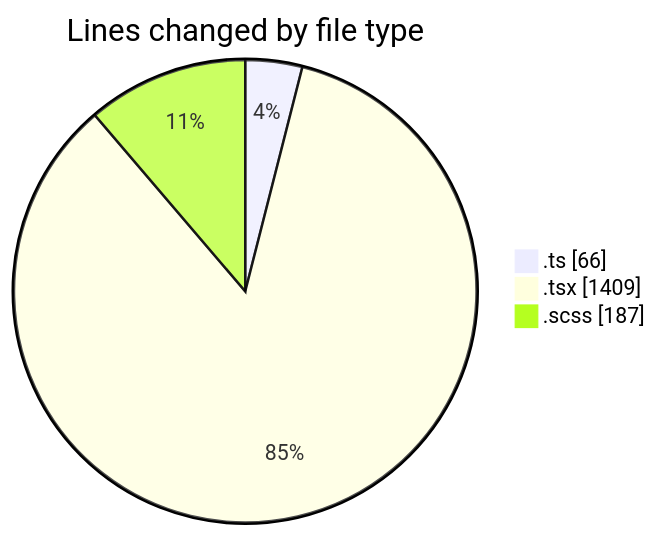
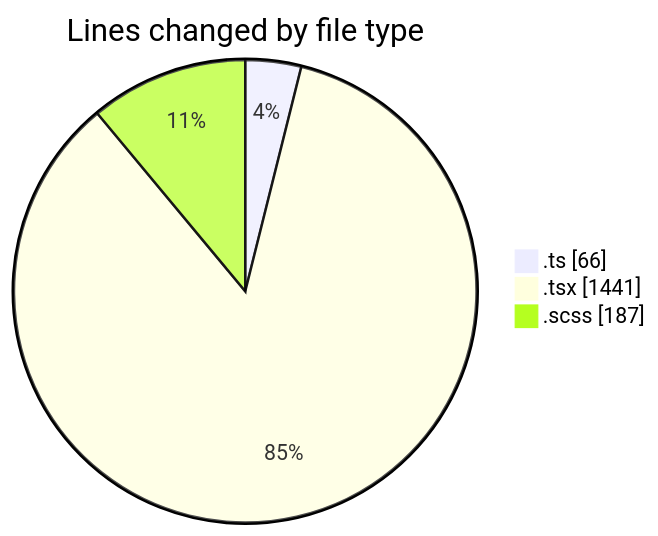
The first of 2 diagrams in 2025-03-21/cda/README.md (momahboobian/code-tracking), drawn with Mermaid before and after one commit. The commit also changed other lines of this file and 1 other file, not shown here.

````diff
--- a/2025-03-21/cda/README.md
+++ b/2025-03-21/cda/README.md
@@ -32,7 +32,7 @@
 ```mermaid
 pie showData
 title Lines changed by file type
 ".ts" : 66
-".tsx" : 1409
+".tsx" : 1441
 ".scss" : 187
 ```
````
